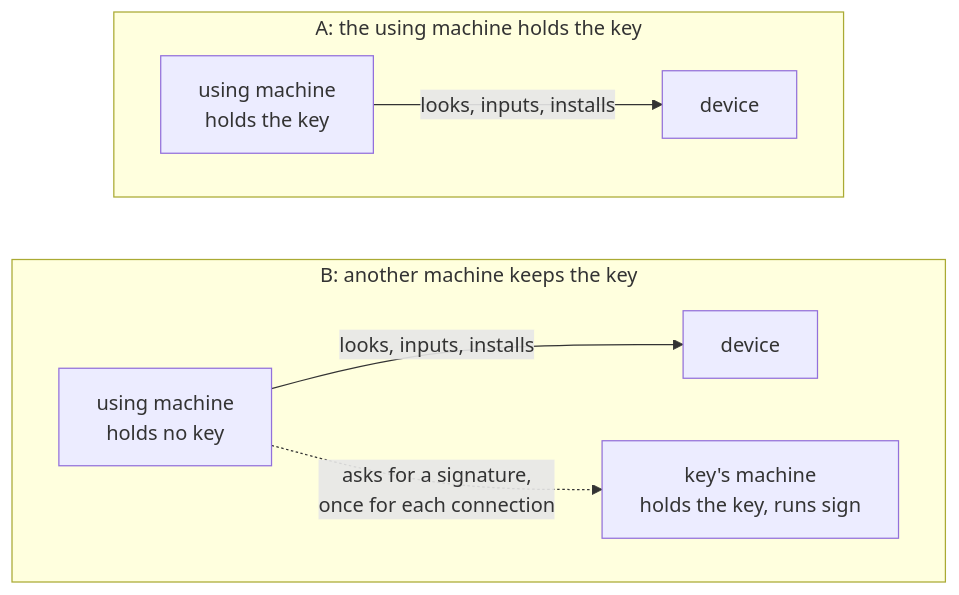
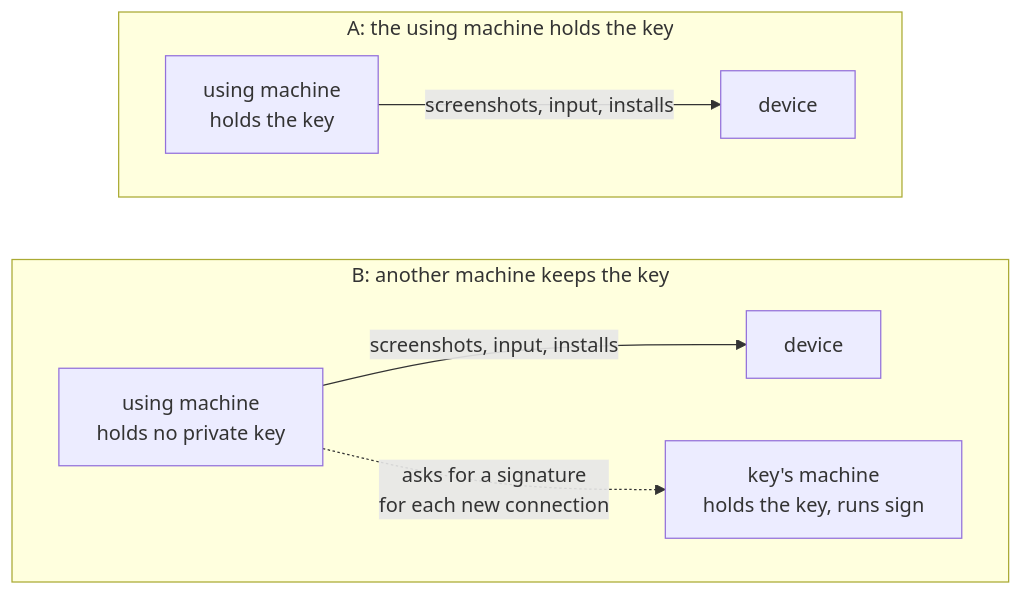
One commit to mh-mobile/RoamRun changed the first of 3 diagrams in Rust/roamrunctl/README.md. Above: the diagram before and after it, drawn with Mermaid. The commit also changed other lines of this file and 1 other file, not shown here.

````diff
--- a/Rust/roamrunctl/README.md
+++ b/Rust/roamrunctl/README.md
@@ -54,12 +82,12 @@
 ```mermaid
 flowchart LR
   subgraph b["B: another machine keeps the key"]
     direction LR
-    ub["using machine<br/>holds no key"] -->|"looks, inputs, installs"| db["device"]
-    ub -.->|"asks for a signature,<br/>once for each connection"| kb["key's machine<br/>holds the key, runs sign"]
+    ub["using machine<br/>holds no private key"] -->|"screenshots, input, installs"| db["device"]
+    ub -.->|"asks for a signature<br/>for each new connection"| kb["key's machine<br/>holds the key, runs sign"]
   end
   subgraph a["A: the using machine holds the key"]
     direction LR
-    ua["using machine<br/>holds the key"] -->|"looks, inputs, installs"| da["device"]
+    ua["using machine<br/>holds the key"] -->|"screenshots, input, installs"| da["device"]
   end
 ```
````
